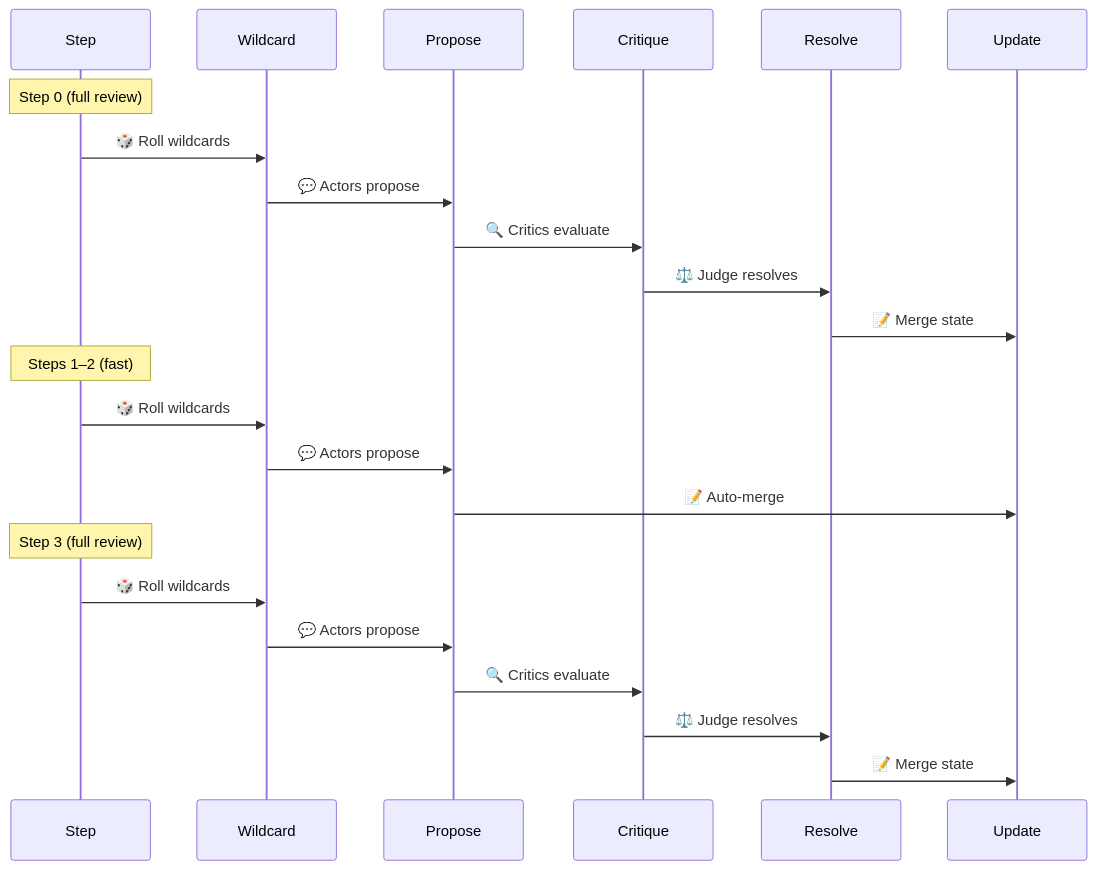
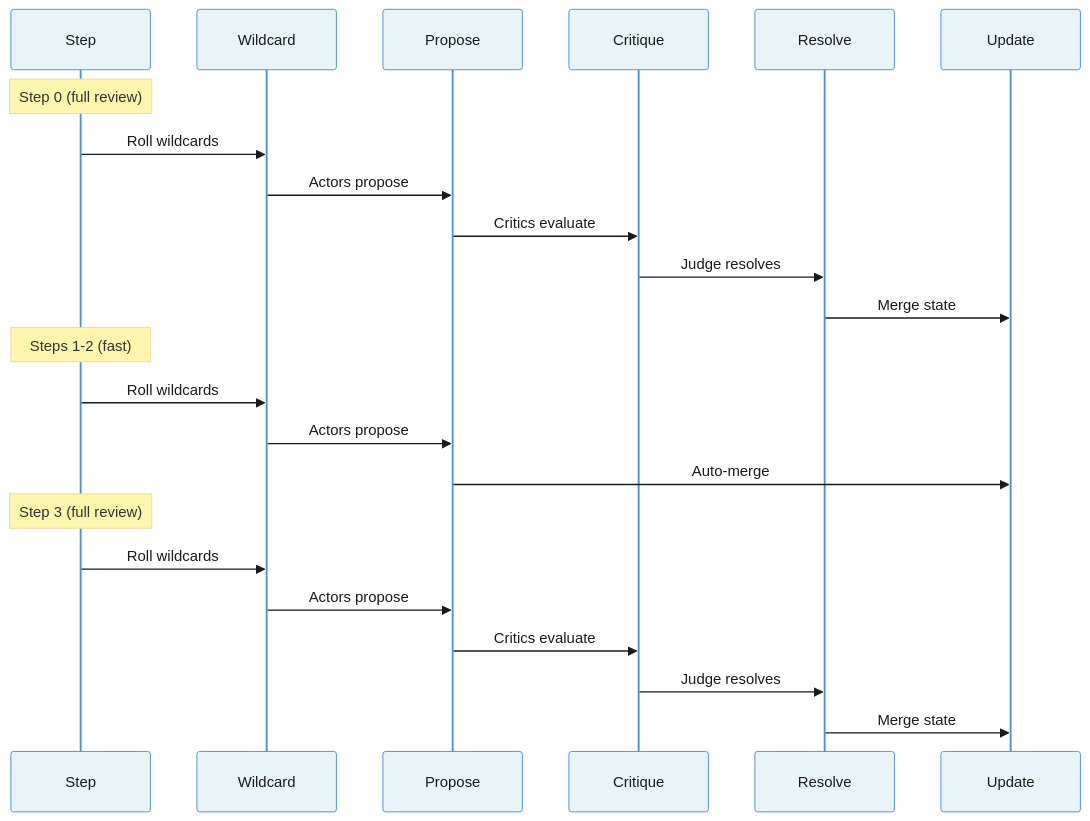
The second of 6 diagrams in README.md (georgosgeorgos/minimal-agora), drawn with Mermaid before and after one commit. The commit also changed other lines of this file and 1 other file, not shown here.

First line of the commit message:
Improve Mermaid diagram readability: light theme, clean labels

````diff
--- a/README.md
+++ b/README.md
@@ -53,28 +54,29 @@
 ```mermaid
+%%{init: {'theme': 'base', 'themeVariables': {'primaryColor': '#e8f4f8', 'primaryTextColor': '#1a1a1a', 'primaryBorderColor': '#4a90d9', 'lineColor': '#5a5a5a', 'secondaryColor': '#f0f7e8', 'tertiaryColor': '#fff5e6', 'fontSize': '14px'}}}%%
 sequenceDiagram
     participant S as Step
     participant W as Wildcard
     participant P as Propose
     participant C as Critique
     participant R as Resolve
     participant U as Update
 
     Note over S: Step 0 (full review)
-    S->>W: 🎲 Roll wildcards
-    W->>P: 💬 Actors propose
-    P->>C: 🔍 Critics evaluate
-    C->>R: ⚖️ Judge resolves
-    R->>U: 📝 Merge state
+    S->>W: Roll wildcards
+    W->>P: Actors propose
+    P->>C: Critics evaluate
+    C->>R: Judge resolves
+    R->>U: Merge state
 
-    Note over S: Steps 1–2 (fast)
-    S->>W: 🎲 Roll wildcards
-    W->>P: 💬 Actors propose
-    P->>U: 📝 Auto-merge
+    Note over S: Steps 1-2 (fast)
+    S->>W: Roll wildcards
+    W->>P: Actors propose
+    P->>U: Auto-merge
 
     Note over S: Step 3 (full review)
-    S->>W: 🎲 Roll wildcards
-    W->>P: 💬 Actors propose
-    P->>C: 🔍 Critics evaluate
-    C->>R: ⚖️ Judge resolves
-    R->>U: 📝 Merge state
+    S->>W: Roll wildcards
+    W->>P: Actors propose
+    P->>C: Critics evaluate
+    C->>R: Judge resolves
+    R->>U: Merge state
 ```
````
